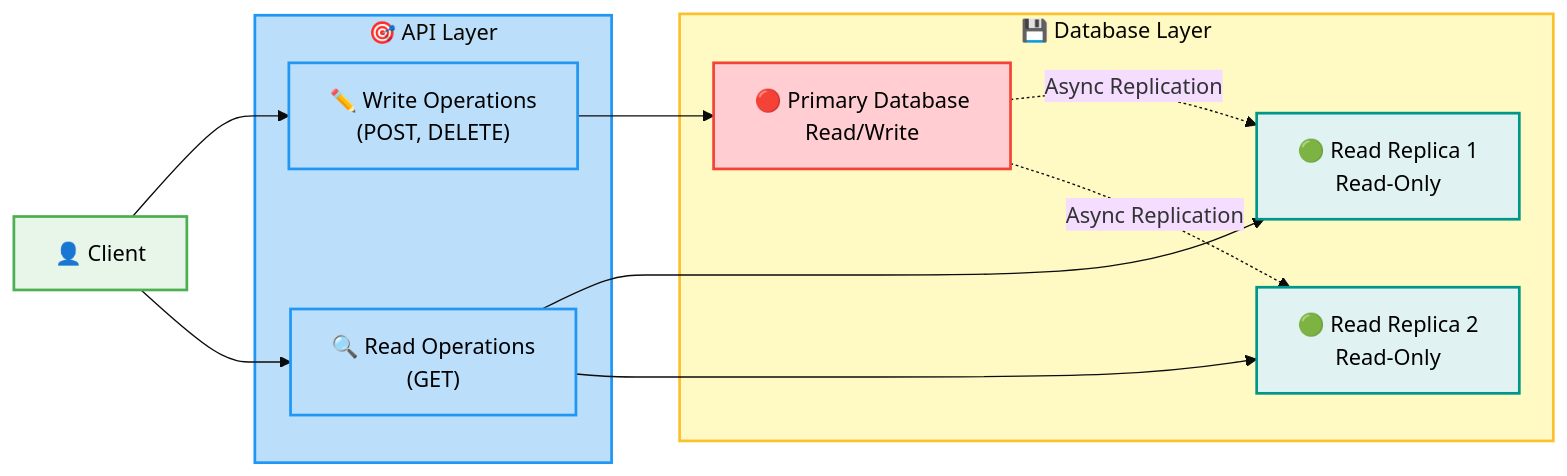
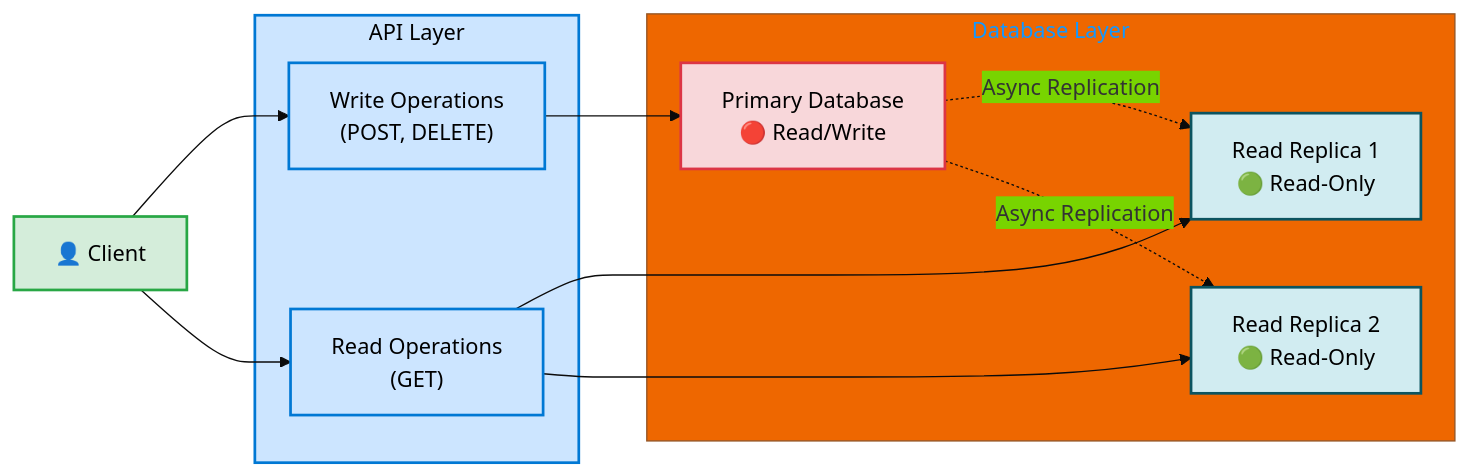
One commit to Evilazaro/Azure-LogicApps-Monitoring changed diagram 13 of 13 in docs/architecture/business-layer-architecture.md. Above: the diagram before and after it, drawn with Mermaid. The commit also changed other lines of this file and 1 other file, not shown here.

````diff
--- a/docs/architecture/business-layer-architecture.md
+++ b/docs/architecture/business-layer-architecture.md
@@ -1844,45 +1882,43 @@
 ```mermaid
 ---
 config:
   theme: base
+  themeVariables:
+    primaryColor: "#0078D4"
 ---
 flowchart LR
     accTitle: Read Replica Architecture
     accDescr: Shows write operations going to primary database and read operations load-balanced across replicas
 
     client["👤 Client"]
 
-    subgraph api["🎯 API Layer"]
-        writeOps["✏️ Write Operations<br/>(POST, DELETE)"]
-        readOps["🔍 Read Operations<br/>(GET)"]
+    subgraph api["API Layer"]
+        writeOps["Write Operations<br/>(POST, DELETE)"]
+        readOps["Read Operations<br/>(GET)"]
     end
 
-    subgraph database["💾 Database Layer"]
-        primary["🔴 Primary Database<br/>Read/Write"]
-        replica1["🟢 Read Replica 1<br/>Read-Only"]
-        replica2["🟢 Read Replica 2<br/>Read-Only"]
+    subgraph database["Database Layer"]
+        primary["Primary Database<br/>🔴 Read/Write"]
+        replica1["Read Replica 1<br/>🟢 Read-Only"]
+        replica2["Read Replica 2<br/>🟢 Read-Only"]
     end
 
     client --> writeOps
     client --> readOps
     writeOps --> primary
     readOps --> replica1
     readOps --> replica2
     primary -.->|"Async Replication"| replica1
     primary -.->|"Async Replication"| replica2
 
-    %% Styling with explicit hex colors (Microsoft Fluent UI / Azure palette)
-    classDef clientStyle fill:#E8F5E9,stroke:#4CAF50,stroke-width:2px,color:#000
-    classDef apiStyle fill:#BBDEFB,stroke:#2196F3,stroke-width:2px,color:#000
-    classDef primaryStyle fill:#FFCDD2,stroke:#F44336,stroke-width:2px,color:#000
-    classDef replicaStyle fill:#E0F2F1,stroke:#009688,stroke-width:2px,color:#000
+    %% Styling
+    classDef clientStyle fill:#D4EDDA,stroke:#28A745,stroke-width:2px,color:#000
+    classDef apiStyle fill:#CCE5FF,stroke:#0078D4,stroke-width:2px,color:#000
+    classDef primaryStyle fill:#F8D7DA,stroke:#DC3545,stroke-width:2px,color:#000
+    classDef replicaStyle fill:#D1ECF1,stroke:#0C5460,stroke-width:2px,color:#000
 
     class client clientStyle
-    class writeOps,readOps apiStyle
+    class api,writeOps,readOps apiStyle
     class primary primaryStyle
     class replica1,replica2 replicaStyle
-
-    %% Subgraph styling (MRM-S001 compliant - use style not class)
-    style api fill:#BBDEFB,stroke:#2196F3,stroke-width:2px
-    style database fill:#FFF9C4,stroke:#FBC02D,stroke-width:2px
 ```
````
